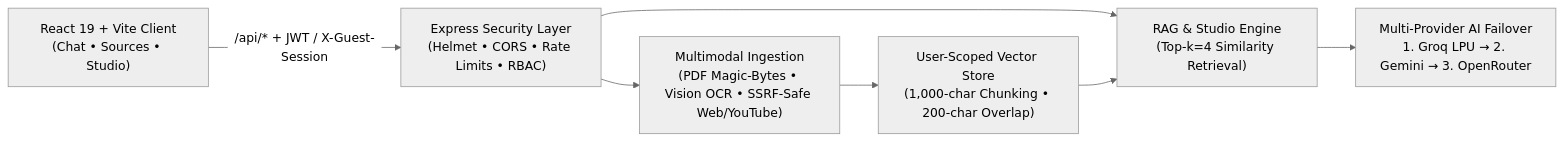
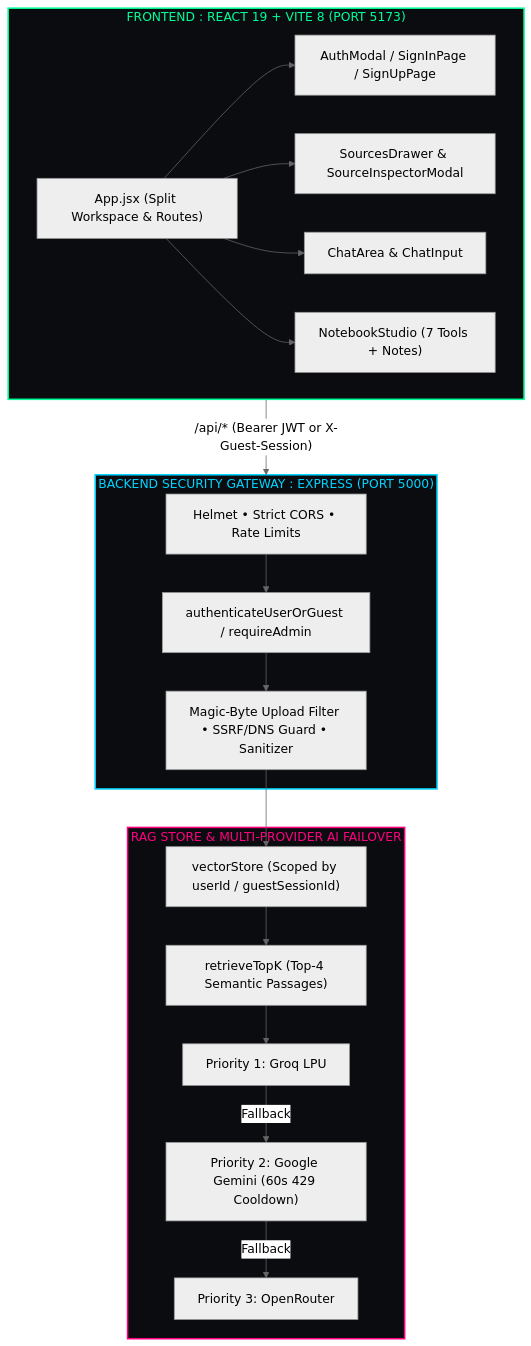
One commit to PriyanshuPundir01/Nexus_Intelligence-NI changed the third of 3 diagrams in README.md. Above: the diagram before and after it, drawn with Mermaid (neutral theme). The commit also changed other lines of this file and 4 other files, not shown here.

````diff
--- a/README.md
+++ b/README.md
@@ -25,9 +144,28 @@
 ```mermaid
-flowchart LR
-    UI["React 19 + Vite Client\n(Chat • Sources • Studio)"] -->|"/api/* + JWT / X-Guest-Session"| SEC["Express Security Layer\n(Helmet • CORS • Rate Limits • RBAC)"]
-    SEC --> ING["Multimodal Ingestion\n(PDF Magic-Bytes • Vision OCR • SSRF-Safe Web/YouTube)"]
-    ING --> VEC["User-Scoped Vector Store\n(1,000-char Chunking • 200-char Overlap)"]
-    SEC --> RAG["RAG & Studio Engine\n(Top-k=4 Similarity Retrieval)"]
-    VEC --> RAG
-    RAG --> AI["Multi-Provider AI Failover\n1. Groq LPU → 2. Gemini → 3. OpenRouter"]
+flowchart TD
+    subgraph Client ["FRONTEND : REACT 19 + VITE 8 (PORT 5173)"]
+        UI["App.jsx (Split Workspace & Routes)"] --> AUTH["AuthModal / SignInPage / SignUpPage"]
+        UI --> SRC["SourcesDrawer & SourceInspectorModal"]
+        UI --> CHAT["ChatArea & ChatInput"]
+        UI --> STUDIO["NotebookStudio (7 Tools + Notes)"]
+    end
+
+    subgraph Security ["BACKEND SECURITY GATEWAY : EXPRESS (PORT 5000)"]
+        GW["Helmet • Strict CORS • Rate Limits"] --> GUARD["authenticateUserOrGuest / requireAdmin"]
+        GUARD --> VAL["Magic-Byte Upload Filter • SSRF/DNS Guard • Sanitizer"]
+    end
+
+    subgraph Engine ["RAG STORE & MULTI-PROVIDER AI FAILOVER"]
+        VAL --> VS["vectorStore (Scoped by userId / guestSessionId)"]
+        VS --> RET["retrieveTopK (Top-4 Semantic Passages)"]
+        RET --> AI1["Priority 1: Groq LPU"]
+        AI1 -->|Fallback| AI2["Priority 2: Google Gemini (60s 429 Cooldown)"]
+        AI2 -->|Fallback| AI3["Priority 3: OpenRouter"]
+    end
+
+    Client -->|"/api/* (Bearer JWT or X-Guest-Session)"| Security
+
+    style Client fill:#0a0c10,stroke:#00ff99,stroke-width:2px,color:#00ff99
+    style Security fill:#0a0c10,stroke:#00d4ff,stroke-width:2px,color:#00d4ff
+    style Engine fill:#0a0c10,stroke:#ff007f,stroke-width:2px,color:#ff007f
 ```
````
